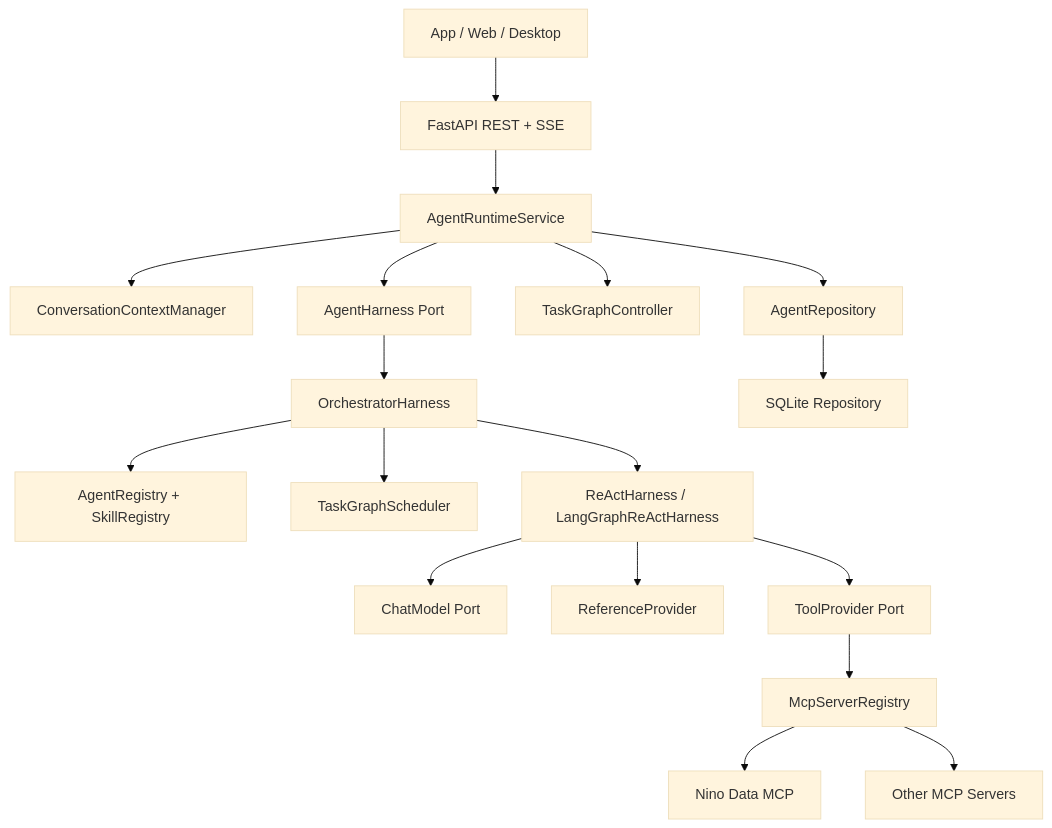
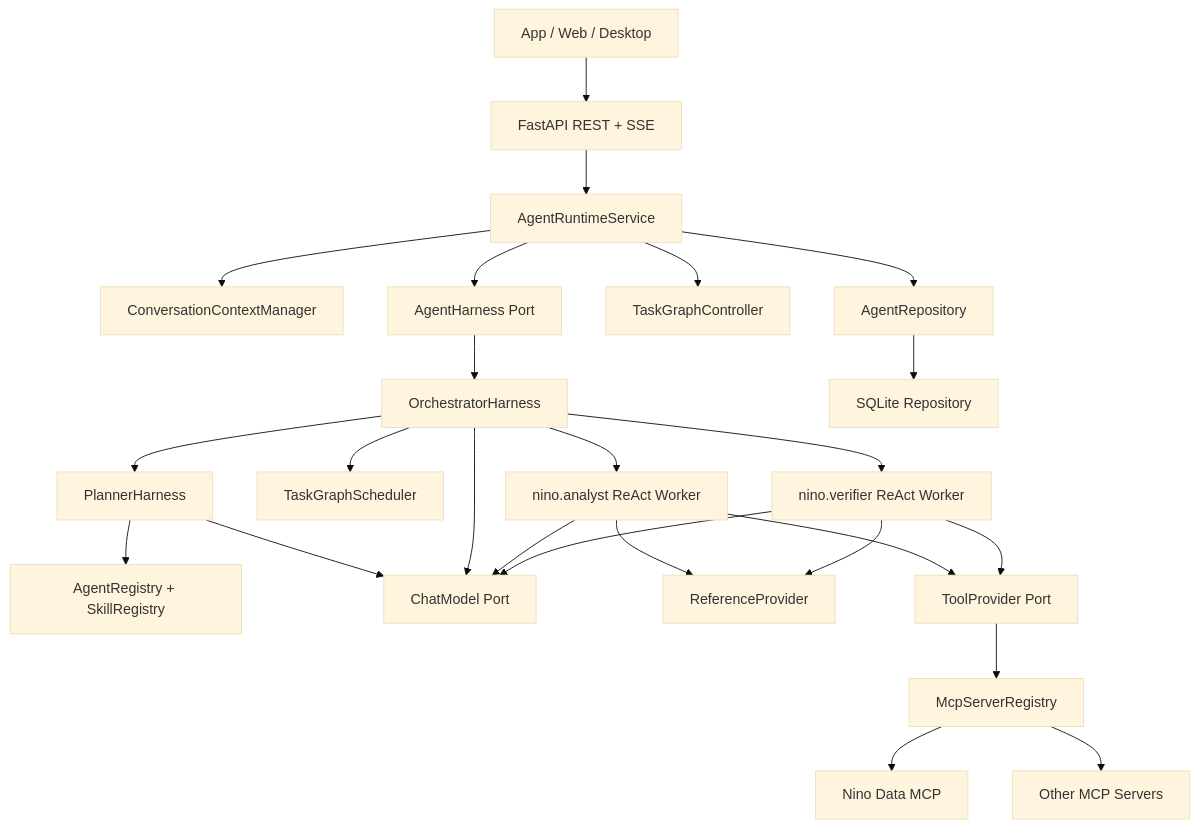
The first of 2 diagrams in doc/task-level-harness-design.md (KawhiWei/nino-agent), drawn with Mermaid (base theme) before and after one commit. The commit also changed other lines of this file and 38 other files, not shown here.

First line of the commit message:
feat: 拆分 Planner 并统一业务中立 Harness 架构

````diff
--- a/doc/task-level-harness-design.md
+++ b/doc/task-level-harness-design.md
@@ -145,22 +159,29 @@
 ```mermaid
 flowchart TB
     Client["App / Web / Desktop"] --> API["FastAPI REST + SSE"]
     API --> Runtime["AgentRuntimeService"]
     Runtime --> Context["ConversationContextManager"]
     Runtime --> Repo["AgentRepository"]
     Runtime --> Graph["TaskGraphController"]
     Runtime --> Harness["AgentHarness Port"]
 
     Harness --> Orchestrator["OrchestratorHarness"]
-    Orchestrator --> Catalog["AgentRegistry + SkillRegistry"]
+    Orchestrator --> Planner["PlannerHarness"]
+    Planner --> Catalog["AgentRegistry + SkillRegistry"]
     Orchestrator --> Scheduler["TaskGraphScheduler"]
-    Orchestrator --> Worker["ReActHarness / LangGraphReActHarness"]
-    Worker --> Model["ChatModel Port"]
-    Worker --> References["ReferenceProvider"]
-    Worker --> Tools["ToolProvider Port"]
+    Orchestrator --> Analyst["nino.analyst ReAct Worker"]
+    Orchestrator --> Verifier["nino.verifier ReAct Worker"]
+    Planner --> Model["ChatModel Port"]
+    Orchestrator --> Model
+    Analyst --> Model
+    Verifier --> Model
+    Analyst --> References["ReferenceProvider"]
+    Verifier --> References
+    Analyst --> Tools["ToolProvider Port"]
+    Verifier --> Tools
     Tools --> Registry["McpServerRegistry"]
     Registry --> MCP1["Nino Data MCP"]
     Registry --> MCPN["Other MCP Servers"]
 
     Repo --> SQLite["SQLite Repository"]
 ```
````
